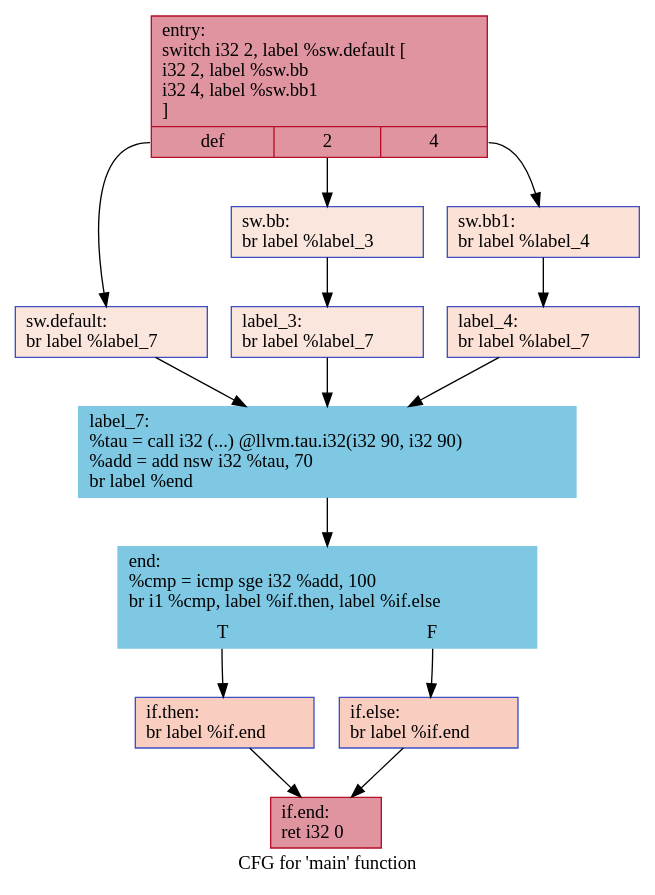
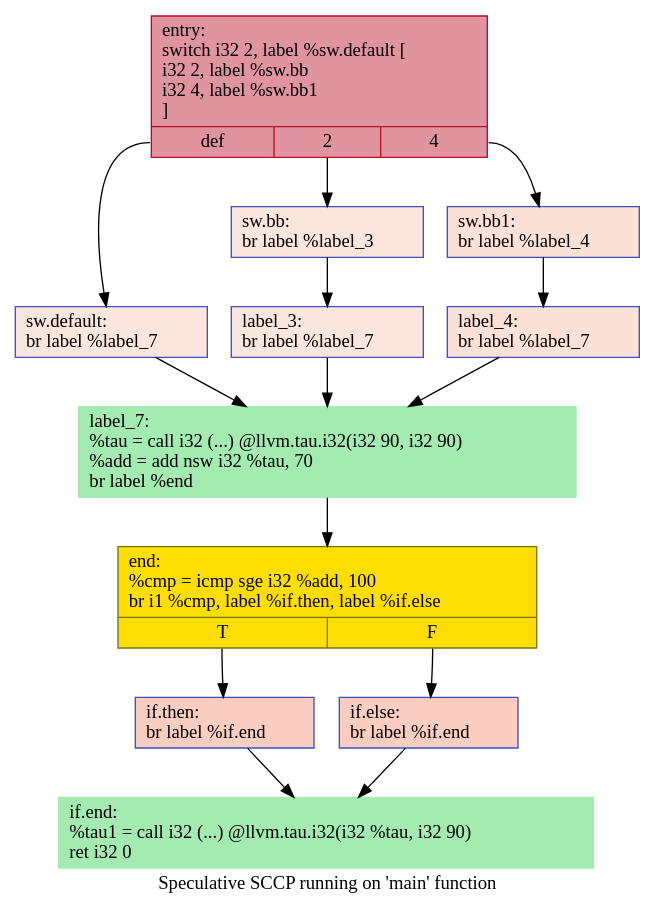
The diagram in IR/cfg/specSCCP_HPSSA.dot (HPSSA-LLVM/HPSSA-LLVM), drawn with Graphviz before and after one commit. The commit also changed 22 other files, not shown here.

```diff
--- a/IR/cfg/specSCCP_HPSSA.dot
+++ b/IR/cfg/specSCCP_HPSSA.dot
@@ -1,28 +1,28 @@
 digraph "CFG for 'main' function" {
-	label="CFG for 'main' function";
+	label="Speculative SCCP running on 'main' function";
 
-	Node0x559c40deb7b0 [shape=record,color="#b70d28ff", style=filled, fillcolor="#b70d2870",label="{entry:\l  switch i32 2, label %sw.default [\l    i32 2, label %sw.bb\l    i32 4, label %sw.bb1\l  ]\l|{<s0>def|<s1>2|<s2>4}}"];
-	Node0x559c40deb7b0:s0 -> Node0x559c40deb8e0;
-	Node0x559c40deb7b0:s1 -> Node0x559c40deb960;
-	Node0x559c40deb7b0:s2 -> Node0x559c40deba00;
-	Node0x559c40deb960 [shape=record,color="#3d50c3ff", style=filled, fillcolor="#f3c7b170",label="{sw.bb:                                            \l  br label %label_3\l}"];
-	Node0x559c40deb960 -> Node0x559c40debb90;
-	Node0x559c40deba00 [shape=record,color="#3d50c3ff", style=filled, fillcolor="#f7bca170",label="{sw.bb1:                                           \l  br label %label_4\l}"];
-	Node0x559c40deba00 -> Node0x559c40debc70;
-	Node0x559c40deb8e0 [shape=record,color="#3d50c3ff", style=filled, fillcolor="#f3c7b170",label="{sw.default:                                       \l  br label %label_7\l}"];
-	Node0x559c40deb8e0 -> Node0x559c40debd50;
-	Node0x559c40debb90 [shape=record,color="#3d50c3ff", style=filled, fillcolor="#f3c7b170",label="{label_3:                                          \l  br label %label_7\l}"];
-	Node0x559c40debb90 -> Node0x559c40debd50;
-	Node0x559c40debc70 [shape=record,color="#3d50c3ff", style=filled, fillcolor="#f7bca170",label="{label_4:                                          \l  br label %label_7\l}"];
-	Node0x559c40debc70 -> Node0x559c40debd50;
-	Node0x559c40debd50 [shape=record,color="#7EC8E3", style=filled, fillcolor="#7EC8E3",label="{label_7:                                          \l  %tau = call i32 (...) @llvm.tau.i32(i32 90, i32 90)\l  %add = add nsw i32 %tau, 70\l  br label %end\l}"];
-	Node0x559c40debd50 -> Node0x559c40dec210;
-	Node0x559c40dec210 [shape=record,color="#7EC8E3", style=filled, fillcolor="#7EC8E3",label="{end:                                              \l  %cmp = icmp sge i32 %add, 100\l  br i1 %cmp, label %if.then, label %if.else\l|{<s0>T|<s1>F}}"];
-	Node0x559c40dec210:s0 -> Node0x559c40dec3d0;
-	Node0x559c40dec210:s1 -> Node0x559c40dec440;
-	Node0x559c40dec3d0 [shape=record,color="#3d50c3ff", style=filled, fillcolor="#f2907270",label="{if.then:                                          \l  br label %if.end\l}"];
-	Node0x559c40dec3d0 -> Node0x559c40dec700;
-	Node0x559c40dec440 [shape=record,color="#3d50c3ff", style=filled, fillcolor="#f2907270",label="{if.else:                                          \l  br label %if.end\l}"];
-	Node0x559c40dec440 -> Node0x559c40dec700;
-	Node0x559c40dec700 [shape=record,color="#b70d28ff", style=filled, fillcolor="#b70d2870",label="{if.end:                                           \l  ret i32 0\l}"];
+	Node0x560a7b0587f0 [shape=record,color="#b70d28ff", style=filled, fillcolor="#b70d2870",label="{entry:\l  switch i32 2, label %sw.default [\l    i32 2, label %sw.bb\l    i32 4, label %sw.bb1\l  ]\l|{<s0>def|<s1>2|<s2>4}}"];
+	Node0x560a7b0587f0:s0 -> Node0x560a7b058920;
+	Node0x560a7b0587f0:s1 -> Node0x560a7b0589a0;
+	Node0x560a7b0587f0:s2 -> Node0x560a7b058a40;
+	Node0x560a7b0589a0 [shape=record,color="#3d50c3ff", style=filled, fillcolor="#f3c7b170",label="{sw.bb:                                            \l  br label %label_3\l}"];
+	Node0x560a7b0589a0 -> Node0x560a7b058bd0;
+	Node0x560a7b058a40 [shape=record,color="#3d50c3ff", style=filled, fillcolor="#f7bca170",label="{sw.bb1:                                           \l  br label %label_4\l}"];
+	Node0x560a7b058a40 -> Node0x560a7b058cb0;
+	Node0x560a7b058920 [shape=record,color="#3d50c3ff", style=filled, fillcolor="#f3c7b170",label="{sw.default:                                       \l  br label %label_7\l}"];
+	Node0x560a7b058920 -> Node0x560a7b058d90;
+	Node0x560a7b058bd0 [shape=record,color="#3d50c3ff", style=filled, fillcolor="#f3c7b170",label="{label_3:                                          \l  br label %label_7\l}"];
+	Node0x560a7b058bd0 -> Node0x560a7b058d90;
+	Node0x560a7b058cb0 [shape=record,color="#3d50c3ff", style=filled, fillcolor="#f7bca170",label="{label_4:                                          \l  br label %label_7\l}"];
+	Node0x560a7b058cb0 -> Node0x560a7b058d90;
+	Node0x560a7b058d90 [shape=record,color="#A3EBB1", style=filled, fillcolor="#A3EBB1",label="{label_7:                                          \l  %tau = call i32 (...) @llvm.tau.i32(i32 90, i32 90)\l  %add = add nsw i32 %tau, 70\l  br label %end\l}"];
+	Node0x560a7b058d90 -> Node0x560a7b059250;
+	Node0x560a7b059250 [shape=record,color="#757500", style=filled, fillcolor="#FEDE00",label="{end:                                              \l  %cmp = icmp sge i32 %add, 100\l  br i1 %cmp, label %if.then, label %if.else\l|{<s0>T|<s1>F}}"];
+	Node0x560a7b059250:s0 -> Node0x560a7b059410;
+	Node0x560a7b059250:s1 -> Node0x560a7b059480;
+	Node0x560a7b059410 [shape=record,color="#3d50c3ff", style=filled, fillcolor="#f2907270",label="{if.then:                                          \l  br label %if.end\l}"];
+	Node0x560a7b059410 -> Node0x560a7b059740;
+	Node0x560a7b059480 [shape=record,color="#3d50c3ff", style=filled, fillcolor="#f2907270",label="{if.else:                                          \l  br label %if.end\l}"];
+	Node0x560a7b059480 -> Node0x560a7b059740;
+	Node0x560a7b059740 [shape=record,color="#A3EBB1", style=filled, fillcolor="#A3EBB1",label="{if.end:                                           \l  %tau1 = call i32 (...) @llvm.tau.i32(i32 %tau, i32 90)\l  ret i32 0\l}"];
 }
```
